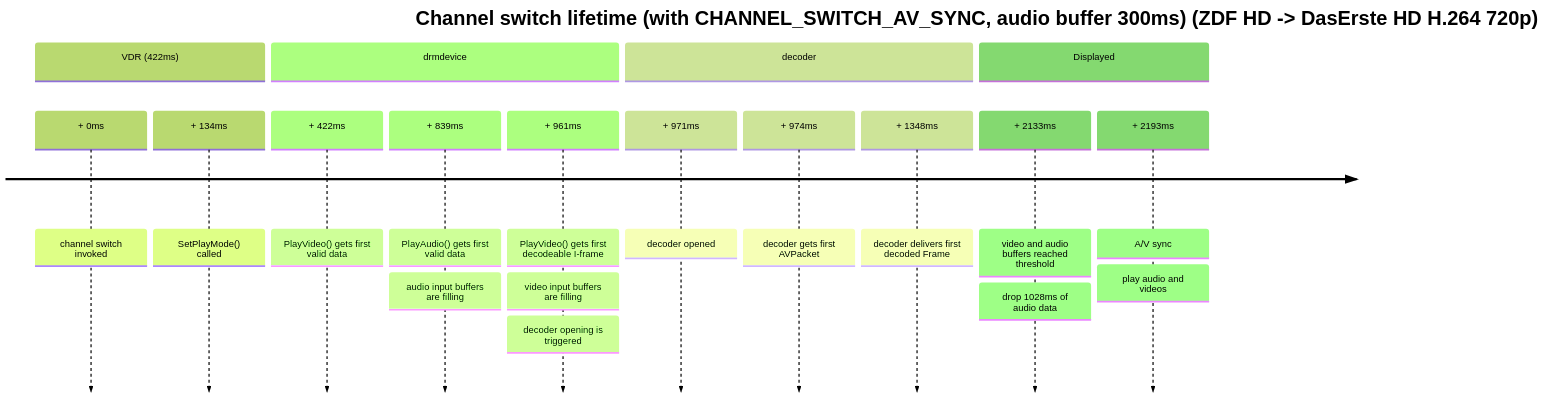
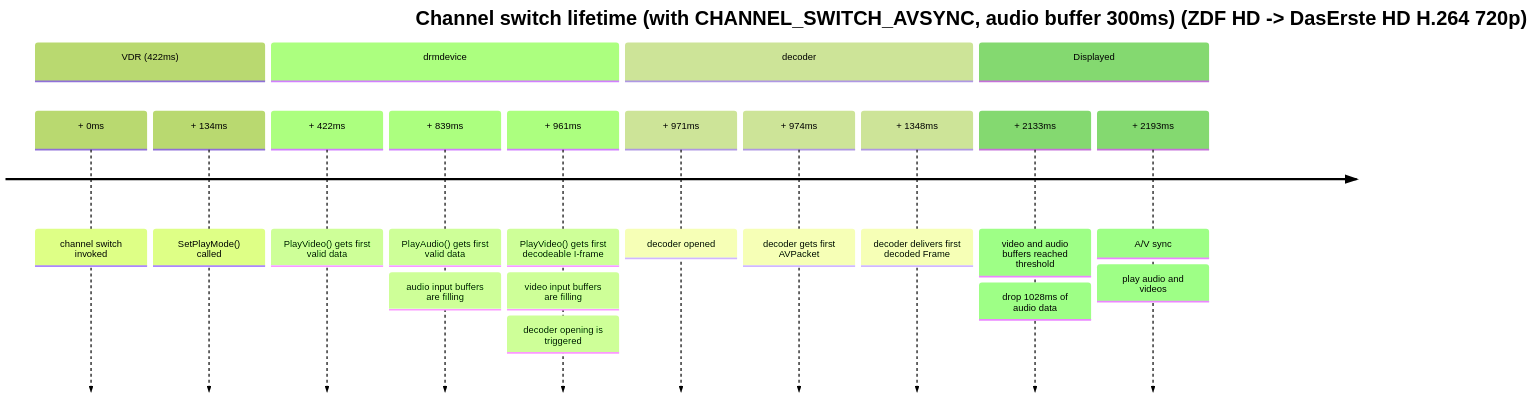
Before and after one commit to rellla/vdr-plugin-drmdevice: the fifth of 12 diagrams in DEVELOPER/README.md, drawn with Mermaid (forest theme). The commit also changed other lines of this file, not shown here.

````diff
--- a/DEVELOPER/README.md
+++ b/DEVELOPER/README.md
@@ -317,19 +342,19 @@
 ```mermaid
 timeline
-title Channel switch lifetime (with CHANNEL_SWITCH_AV_SYNC, audio buffer 300ms) (ZDF HD -> DasErste HD H.264 720p)
+title Channel switch lifetime (with CHANNEL_SWITCH_AVSYNC, audio buffer 300ms) (ZDF HD -> DasErste HD H.264 720p)
 
 section VDR (422ms)
 + 0ms: channel switch invoked
 + 134ms: SetPlayMode() called
 section drmdevice
 + 422ms: PlayVideo() gets first valid data
 + 839ms: PlayAudio() gets first valid data: audio input buffers are filling
 + 961ms: PlayVideo() gets first decodeable I-frame: video input buffers are filling: decoder opening is triggered
 section decoder
 + 971ms: decoder opened
 + 974ms: decoder gets first AVPacket
 + 1348ms: decoder delivers first decoded Frame
 section Displayed
 + 2133ms: video and audio buffers reached threshold: drop 1028ms of audio data
 + 2193ms: A/V sync: play audio and videos
 ```
````
